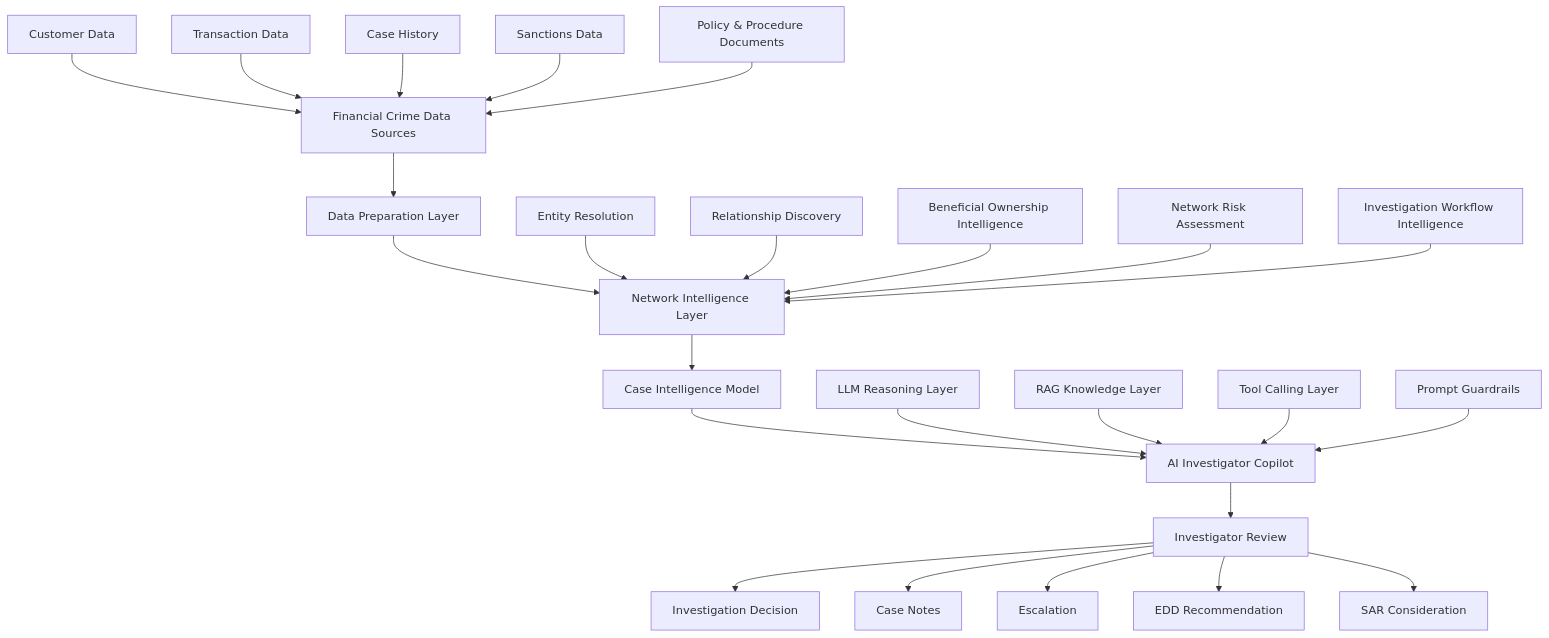
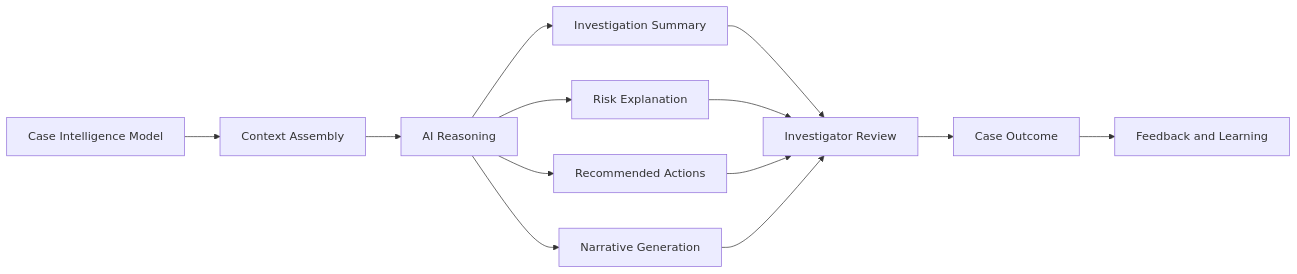
Before and after one commit to dhartwig-fc/01-fc-financial-crime-analytics-showcase: the first of 2 diagrams in 05-ai-investigator-copilot/reference-architecture/README.md, drawn with Mermaid. The commit also changed other lines of this file, not shown here.

````diff
--- a/05-ai-investigator-copilot/reference-architecture/README.md
+++ b/05-ai-investigator-copilot/reference-architecture/README.md
@@ -42,32 +46,21 @@
 ```mermaid
-flowchart TD
+flowchart LR
 
-A[Financial Crime Data Sources] --> B[Data Preparation Layer]
-B --> C[Network Intelligence Layer]
-C --> D[Case Intelligence Model]
-D --> E[AI Investigator Copilot]
-E --> F[Investigator Review]
-F --> G[Investigation Decision]
+A[Case Intelligence Model] --> B[Context Assembly]
 
-A1[Customer Data] --> A
-A2[Transaction Data] --> A
-A3[Case History] --> A
-A4[Sanctions Data] --> A
-A5[Policy & Procedure Documents] --> A
+B --> C[AI Reasoning]
 
-C1[Entity Resolution] --> C
-C2[Relationship Discovery] --> C
-C3[Beneficial Ownership Intelligence] --> C
-C4[Network Risk Assessment] --> C
-C5[Investigation Workflow Intelligence] --> C
+C --> D[Investigation Summary]
+C --> E[Risk Explanation]
+C --> F[Recommended Actions]
+C --> G[Narrative Generation]
 
-E1[LLM Reasoning Layer] --> E
-E2[RAG Knowledge Layer] --> E
-E3[Tool Calling Layer] --> E
-E4[Prompt Guardrails] --> E
+D --> H[Investigator Review]
+E --> H
+F --> H
+G --> H
 
-F --> H[Case Notes]
-F --> I[Escalation]
-F --> J[EDD Recommendation]
-F --> K[SAR Consideration]
+H --> I[Case Outcome]
+
+I --> J[Feedback and Learning]
 ```
````
